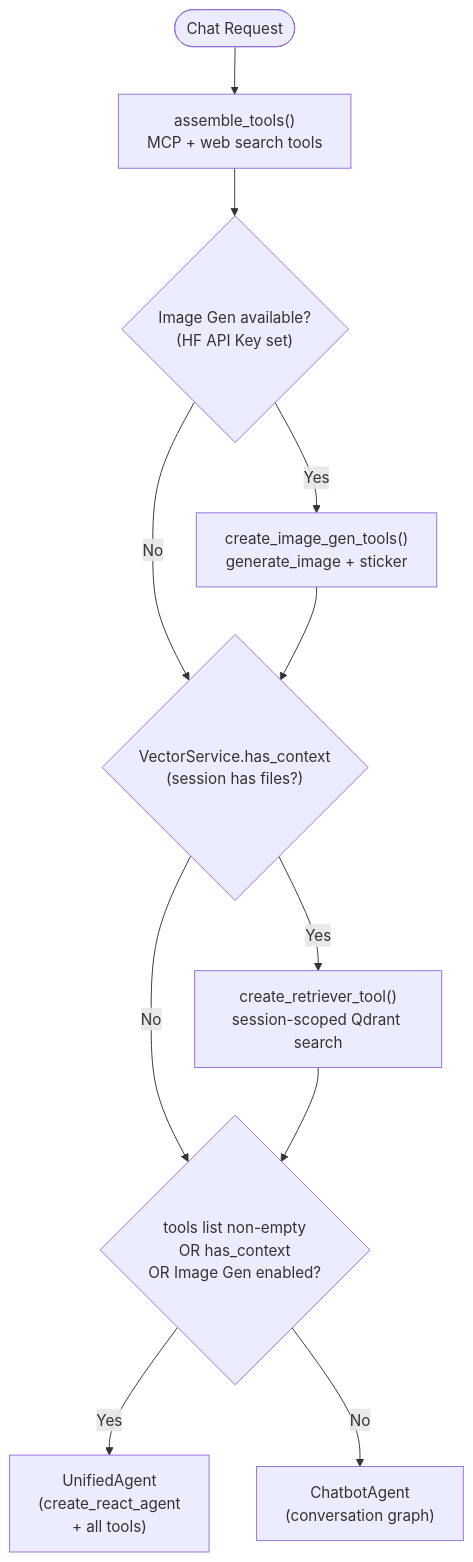
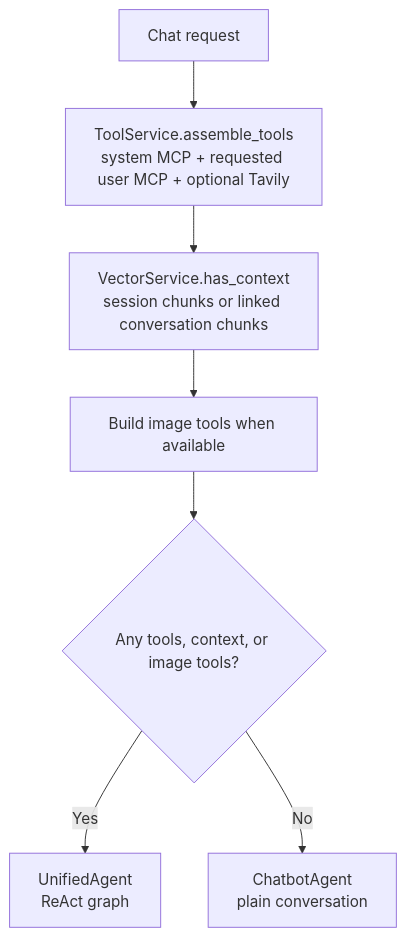
The sixth of 12 diagrams in chatly-agent/ARCHITECTURE.md (giasinguyen/chatly-messaging-platform), drawn with Mermaid before and after one commit. The commit also changed other lines of this file and 2 other files, not shown here.

First line of the commit message:
refactor: update README.md to reflect new Chatly Agent features and architecture

````diff
--- a/chatly-agent/ARCHITECTURE.md
+++ b/chatly-agent/ARCHITECTURE.md
@@ -190,22 +223,14 @@
 ```mermaid
 flowchart TD
-    Start([Chat Request])
-    AssembleTools["assemble_tools()\nMCP + web search tools"]
-    CheckImageGen{"Image Gen available?\n(HF API Key set)"}
-    CheckHasContext{"VectorService.has_context\n(session has files?)"}
-    BuildRetriever["create_retriever_tool()\nsession-scoped Qdrant search"]
-    BuildImageTools["create_image_gen_tools()\ngenerate_image + sticker"]
-    CheckNeedUnified{"tools list non-empty\nOR has_context\nOR Image Gen enabled?"}
-    UnifiedAgent["UnifiedAgent\n(create_react_agent\n+ all tools)"]
-    ChatbotAgent["ChatbotAgent\n(conversation graph)"]
+    Start["Chat request"]
+    Tools["ToolService.assemble_tools<br/>system MCP + requested user MCP + optional Tavily"]
+    Context["VectorService.has_context<br/>session chunks or linked conversation chunks"]
+    Images["Build image tools when available"]
+    NeedUnified{"Any tools, context, or image tools?"}
+    Unified["UnifiedAgent<br/>ReAct graph"]
+    Chatbot["ChatbotAgent<br/>plain conversation"]
 
-    Start --> AssembleTools --> CheckImageGen
-    CheckImageGen -->|Yes| BuildImageTools
-    CheckImageGen -->|No| CheckHasContext
-    BuildImageTools --> CheckHasContext
-    CheckHasContext -->|Yes| BuildRetriever
-    CheckHasContext -->|No| CheckNeedUnified
-    BuildRetriever --> CheckNeedUnified
-    CheckNeedUnified -->|Yes| UnifiedAgent
-    CheckNeedUnified -->|No| ChatbotAgent
+    Start --> Tools --> Context --> Images --> NeedUnified
+    NeedUnified -->|Yes| Unified
+    NeedUnified -->|No| Chatbot
 ```
````
